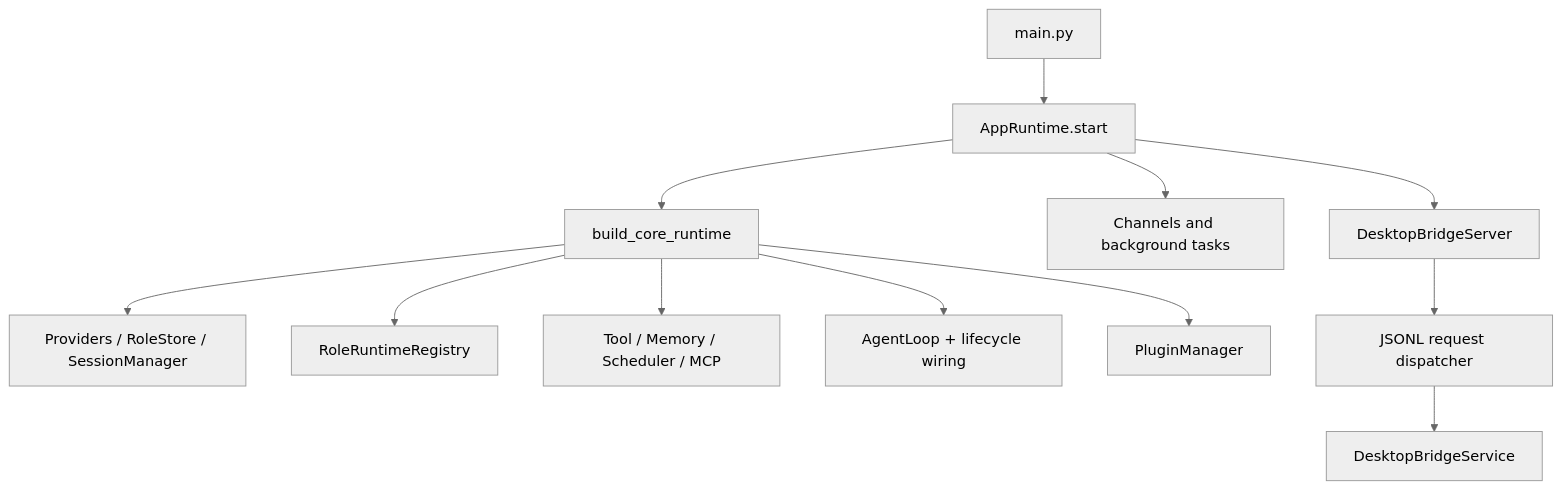
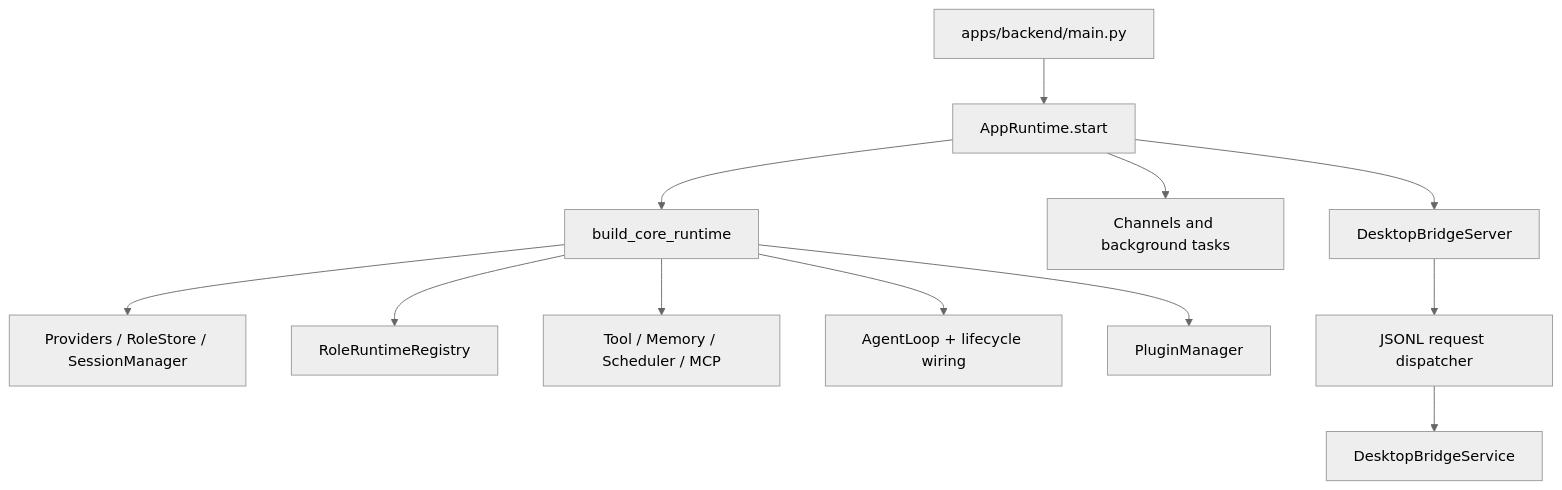
One commit to YinFengWindy/Shiori-Agent changed the first of 3 diagrams in docs/knowledge/architecture/current-backend.md. Above: the diagram before and after it, drawn with Mermaid (neutral theme). The commit also changed other lines of this file and 1251 other files, not shown here.

````diff
--- a/docs/knowledge/architecture/current-backend.md
+++ b/docs/knowledge/architecture/current-backend.md
@@ -28,14 +28,14 @@
 ```mermaid
 flowchart TD
-  A[main.py] --> B[AppRuntime.start]
+  A[apps/backend/main.py] --> B[AppRuntime.start]
   B --> C[build_core_runtime]
   C --> D[Providers / RoleStore / SessionManager]
   C --> E[RoleRuntimeRegistry]
   C --> F[Tool / Memory / Scheduler / MCP]
   C --> G[AgentLoop + lifecycle wiring]
   C --> H[PluginManager]
   B --> I[Channels and background tasks]
   B --> J[DesktopBridgeServer]
   J --> K[JSONL request dispatcher]
   K --> L[DesktopBridgeService]
 ```
````
